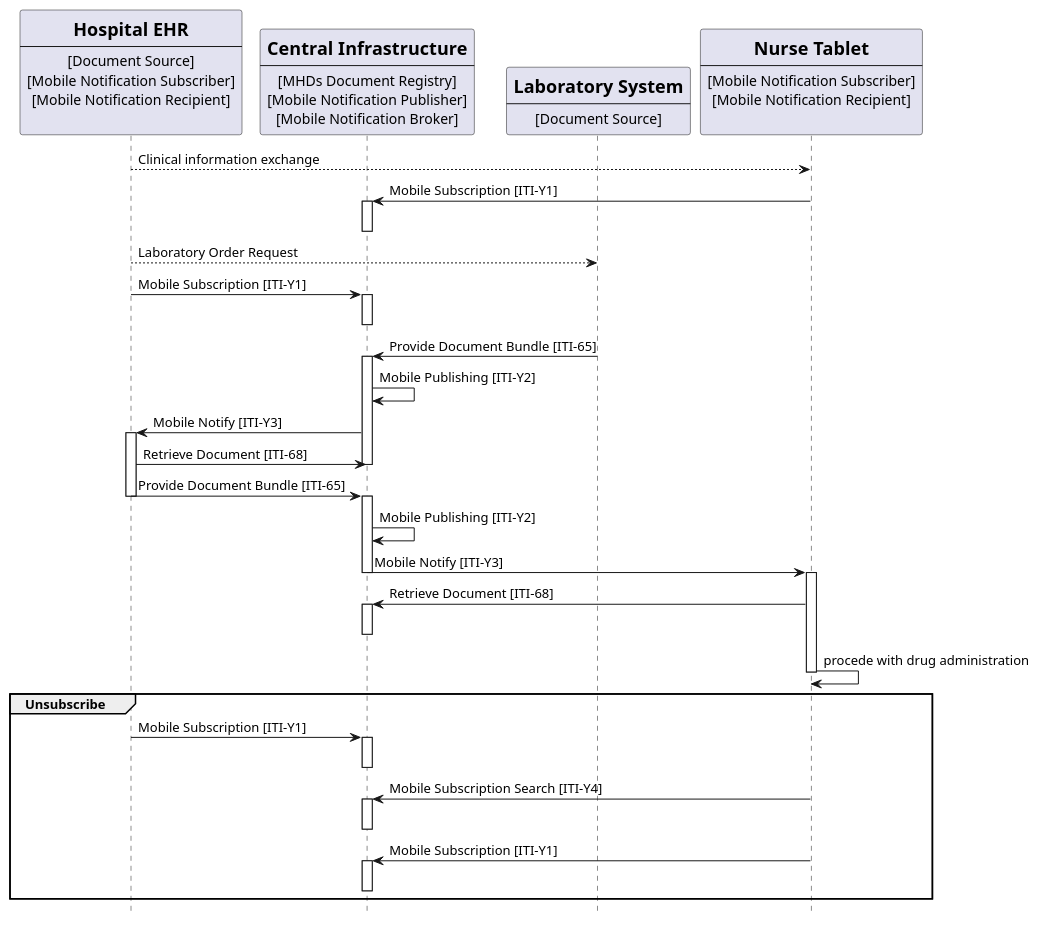
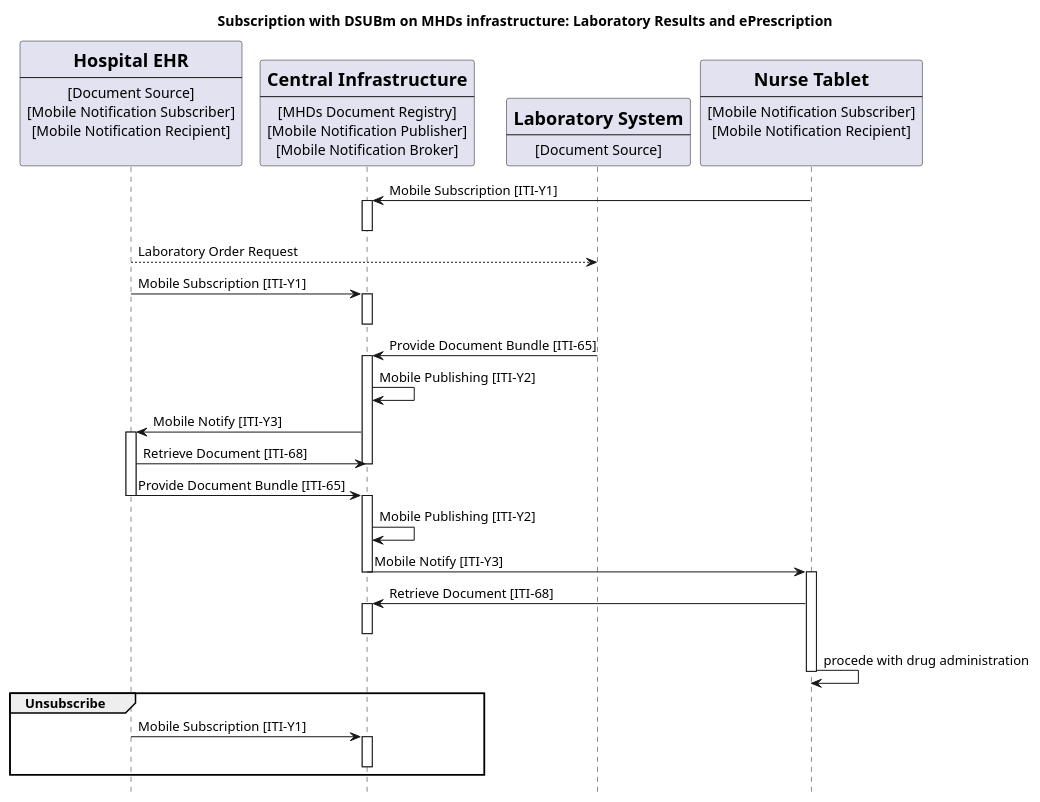
One commit to IHE/ITI.DSUBm changed the diagram in input/images-source/usecase1-processflow.plantuml. Above: the diagram before and after it, drawn with PlantUML. The commit also changed 6 other files, not shown here.

```diff
--- a/input/images-source/usecase1-processflow.plantuml
+++ b/input/images-source/usecase1-processflow.plantuml
@@ -1,89 +1,80 @@
 @startuml
 skinparam svgDimensionStyle false
 hide footbox
 
-
+title "Subscription with DSUBm on MHDs infrastructure: Laboratory Results and ePrescription"
 participant HospitalEHR [
     =Hospital EHR
     ----
     [Document Source]
     [Mobile Notification Subscriber]
     [Mobile Notification Recipient]
     
 ] 
 
 participant MHDsDocumentRegistry [
     =Central Infrastructure
     ----
     [MHDs Document Registry]
     [Mobile Notification Publisher]
     [Mobile Notification Broker]
     ] 
 
 
-
 participant LaboratorySystem [
     =Laboratory System
     ----
     [Document Source]
 ] 
 
 participant NurseTablet [
     =Nurse Tablet
     ----
     [Mobile Notification Subscriber]
     [Mobile Notification Recipient]
     
 ] 
 
-HospitalEHR --> NurseTablet:  Clinical information exchange
 NurseTablet -> MHDsDocumentRegistry:   Mobile Subscription [ITI-Y1]
 activate MHDsDocumentRegistry
 deactivate MHDsDocumentRegistry
 HospitalEHR --> LaboratorySystem:  Laboratory Order Request
 
 HospitalEHR -> MHDsDocumentRegistry:  Mobile Subscription [ITI-Y1]
 activate MHDsDocumentRegistry
 deactivate MHDsDocumentRegistry
 
 
 
 
 LaboratorySystem -> MHDsDocumentRegistry: Provide Document Bundle [ITI-65]
 activate MHDsDocumentRegistry
 MHDsDocumentRegistry -> MHDsDocumentRegistry : Mobile Publishing [ITI-Y2]
 MHDsDocumentRegistry -> HospitalEHR : Mobile Notify [ITI-Y3]
 activate HospitalEHR
 
 HospitalEHR -> MHDsDocumentRegistry:  Retrieve Document [ITI-68]
 deactivate MHDsDocumentRegistry
 HospitalEHR -> MHDsDocumentRegistry: Provide Document Bundle [ITI-65]
 deactivate HospitalEHR
 
 activate MHDsDocumentRegistry
 MHDsDocumentRegistry -> MHDsDocumentRegistry : Mobile Publishing [ITI-Y2]
 MHDsDocumentRegistry -> NurseTablet : Mobile Notify [ITI-Y3]
 deactivate MHDsDocumentRegistry
 activate NurseTablet
 NurseTablet -> MHDsDocumentRegistry: Retrieve Document [ITI-68]
 activate MHDsDocumentRegistry
 deactivate MHDsDocumentRegistry
 NurseTablet -> NurseTablet: procede with drug administration
 deactivate NurseTablet
 
 
 group Unsubscribe
   HospitalEHR ->MHDsDocumentRegistry: Mobile Subscription [ITI-Y1]
   activate MHDsDocumentRegistry
   deactivate MHDsDocumentRegistry
   
-  NurseTablet ->MHDsDocumentRegistry: Mobile Subscription Search [ITI-Y4]
-  activate MHDsDocumentRegistry
-  deactivate MHDsDocumentRegistry
-  
-  NurseTablet ->MHDsDocumentRegistry : Mobile Subscription [ITI-Y1]
-  activate MHDsDocumentRegistry
-  deactivate MHDsDocumentRegistry
 end
 
 @enduml
```
